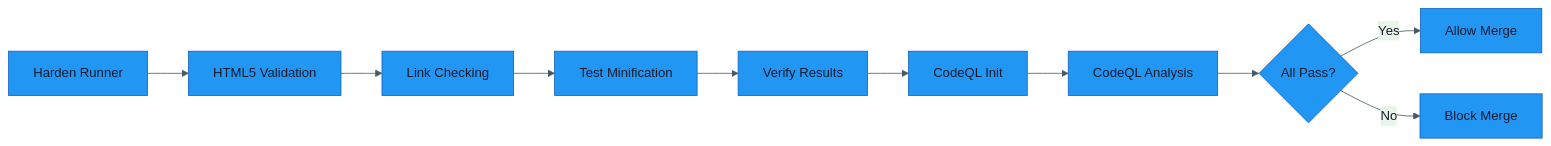
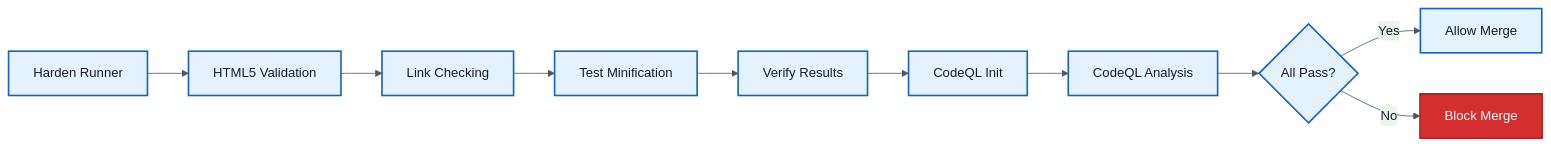
Before and after one commit to Hack23/homepage: the fourth of 8 diagrams in WORKFLOWS.md, drawn with Mermaid. The commit also changed other lines of this file and 19 other files, not shown here.

First line of the commit message:
Add style-guide-compliant classDef styling to 44 unstyled flowcharts

````diff
--- a/WORKFLOWS.md
+++ b/WORKFLOWS.md
@@ -320,13 +346,21 @@
 ```mermaid
 %%{init: {"theme": "base", "themeVariables": {"primaryColor": "#2196F3", "primaryTextColor": "#1a1a2e", "lineColor": "#455A64", "secondaryColor": "#e8f5e9", "tertiaryColor": "#fff8e1", "primaryBorderColor": "#1565C0"}}}%%
 graph LR
     A[Harden Runner] --> B[HTML5 Validation]
     B --> C[Link Checking]
     C --> D[Test Minification]
     D --> E[Verify Results]
     E --> F[CodeQL Init]
     F --> G[CodeQL Analysis]
     G --> H{All Pass?}
     H -->|Yes| I[Allow Merge]
     H -->|No| J[Block Merge]
+
+    classDef default fill:#e3f2fd,stroke:#1565C0,stroke-width:2px,color:#1a1a2e
+    classDef primary fill:#2196F3,stroke:#1565C0,stroke-width:2px,color:#ffffff
+    classDef success fill:#4CAF50,stroke:#2E7D32,stroke-width:2px,color:#ffffff
+    classDef warning fill:#FF9800,stroke:#F57C00,stroke-width:2px,color:#ffffff
+    classDef danger fill:#D32F2F,stroke:#B71C1C,stroke-width:2px,color:#ffffff
+    classDef info fill:#455A64,stroke:#263238,stroke-width:2px,color:#ffffff
+    class J danger
 ```
````
